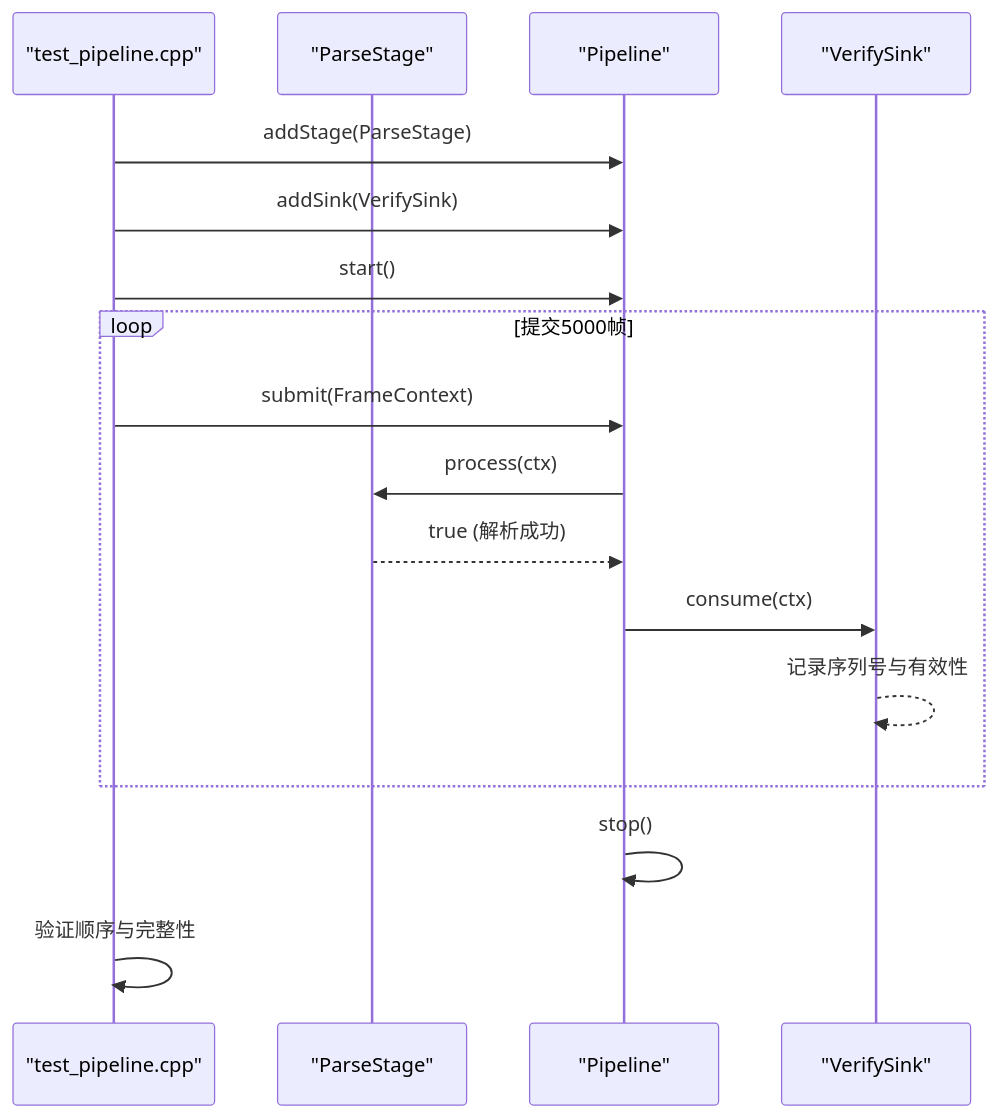
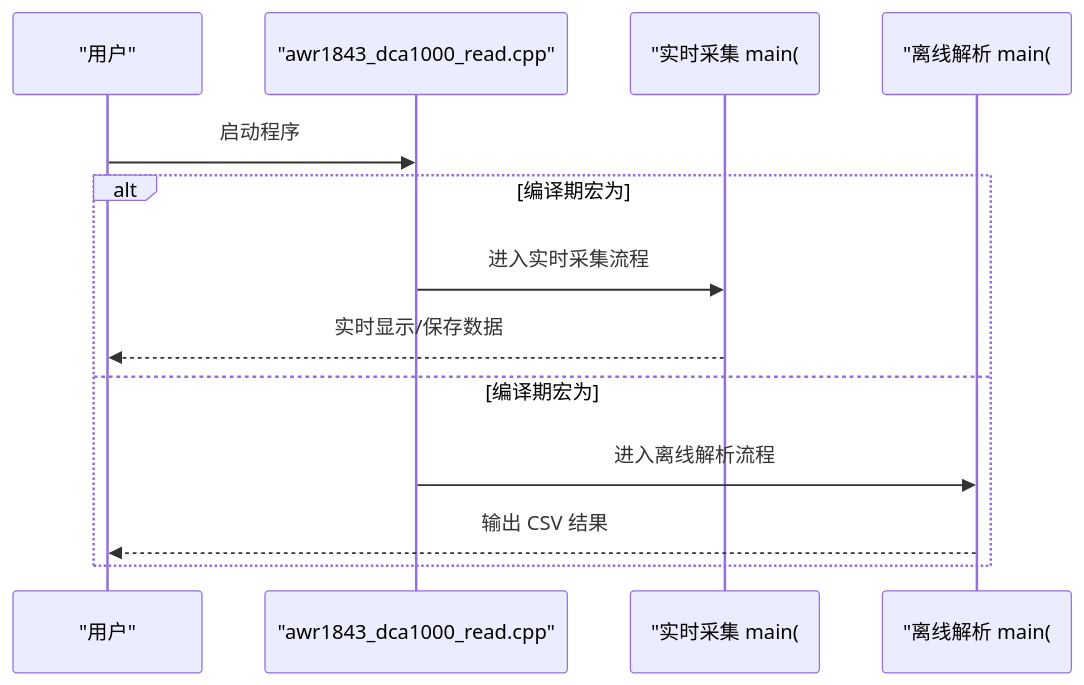
The fourth of 5 diagrams in .qoder/repowiki/zh/content/构建系统与运行入口.md (Lukad77/awr1843-radar-toolkit), drawn with Mermaid before and after one commit. The commit also changed other lines of this file and 106 other files, not shown here.

````diff
--- a/.qoder/repowiki/zh/content/构建系统与运行入口.md
+++ b/.qoder/repowiki/zh/content/构建系统与运行入口.md
@@ -305,19 +170,15 @@
 ```mermaid
 sequenceDiagram
-participant Test as "test_pipeline.cpp"
-participant Stage as "ParseStage"
-participant Pipe as "Pipeline"
-participant Sink as "VerifySink"
-Test->>Pipe : addStage(ParseStage)
-Test->>Pipe : addSink(VerifySink)
-Test->>Pipe : start()
-loop 提交5000帧
-Test->>Pipe : submit(FrameContext)
-Pipe->>Stage : process(ctx)
-Stage-->>Pipe : true (解析成功)
-Pipe->>Sink : consume(ctx)
-Sink-->>Sink : 记录序列号与有效性
+participant User as "用户"
+participant Main as "awr1843_dca1000_read.cpp"
+participant RT as "实时采集 main(#if 0)"
+participant OF as "离线解析 main(#if 1)"
+User->>Main : 启动程序
+alt 编译期宏为 #if 0
+Main->>RT : 进入实时采集流程
+RT-->>User : 实时显示/保存数据
+else 编译期宏为 #if 1
+Main->>OF : 进入离线解析流程
+OF-->>User : 输出 CSV 结果
 end
-Pipe->>Pipe : stop()
-Test->>Test : 验证顺序与完整性
 ```
````
